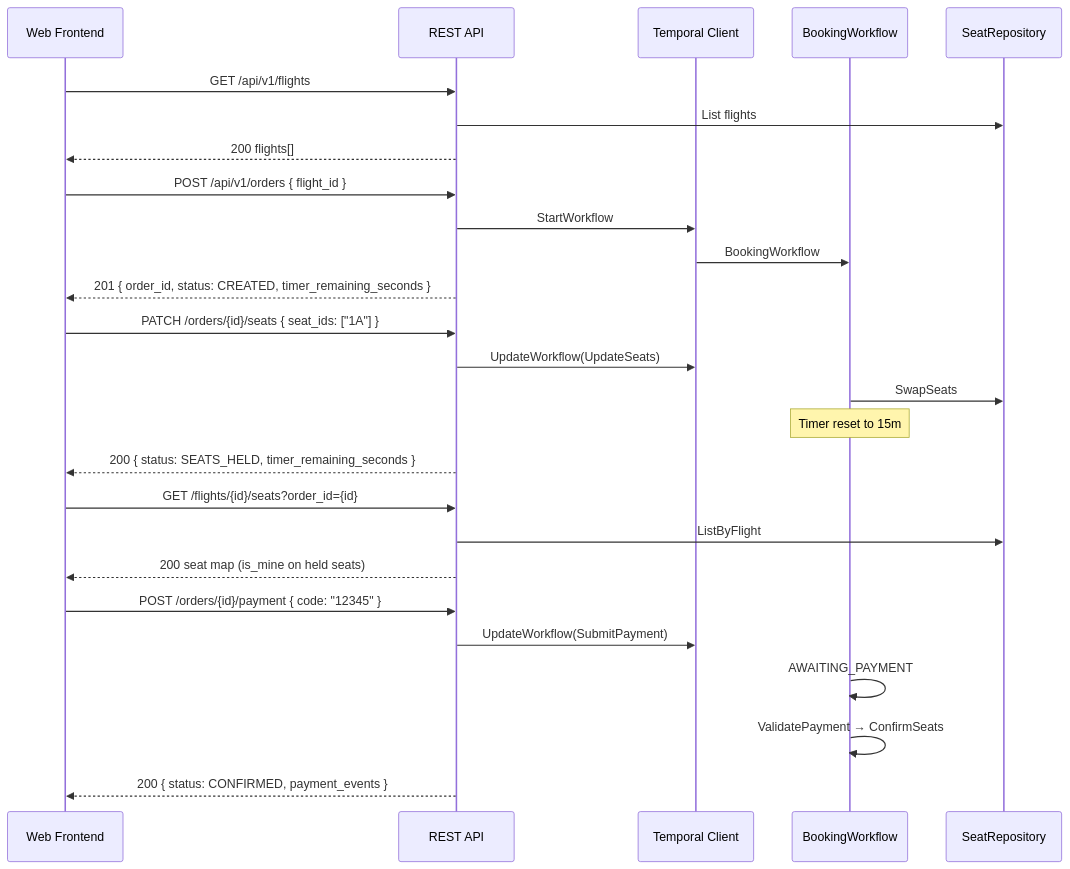
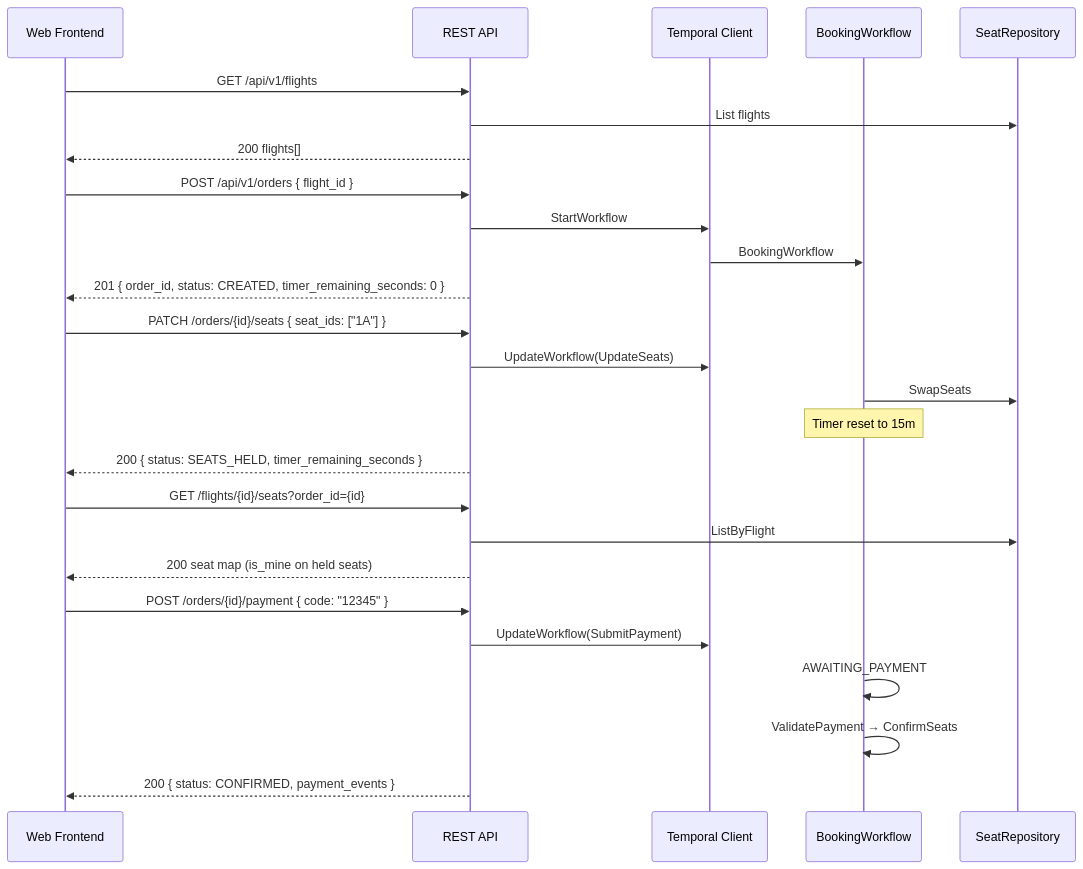
One commit to YanShlain/surfai changed the third of 7 diagrams in docs/design_overview.md. Above: the diagram before and after it, drawn with Mermaid. The commit also changed other lines of this file and 14 other files, not shown here.

First line of the commit message:
Simplify booking flow: timer on seat hold, 3 payment retries.

````diff
--- a/docs/design_overview.md
+++ b/docs/design_overview.md
@@ -152,33 +147,33 @@
 ```mermaid
 sequenceDiagram
   participant UI as Web Frontend
   participant API as REST API
   participant TC as Temporal Client
   participant WF as BookingWorkflow
   participant SR as SeatRepository
 
   UI->>API: GET /api/v1/flights
   API->>SR: List flights
   API-->>UI: 200 flights[]
 
   UI->>API: POST /api/v1/orders { flight_id }
   API->>TC: StartWorkflow
   TC->>WF: BookingWorkflow
-  API-->>UI: 201 { order_id, status: CREATED, timer_remaining_seconds }
+  API-->>UI: 201 { order_id, status: CREATED, timer_remaining_seconds: 0 }
 
   UI->>API: PATCH /orders/{id}/seats { seat_ids: ["1A"] }
   API->>TC: UpdateWorkflow(UpdateSeats)
   WF->>SR: SwapSeats
   Note over WF: Timer reset to 15m
   API-->>UI: 200 { status: SEATS_HELD, timer_remaining_seconds }
 
   UI->>API: GET /flights/{id}/seats?order_id={id}
   API->>SR: ListByFlight
   API-->>UI: 200 seat map (is_mine on held seats)
 
   UI->>API: POST /orders/{id}/payment { code: "12345" }
   API->>TC: UpdateWorkflow(SubmitPayment)
   WF->>WF: AWAITING_PAYMENT
   WF->>WF: ValidatePayment → ConfirmSeats
   API-->>UI: 200 { status: CONFIRMED, payment_events }
 ```
````
